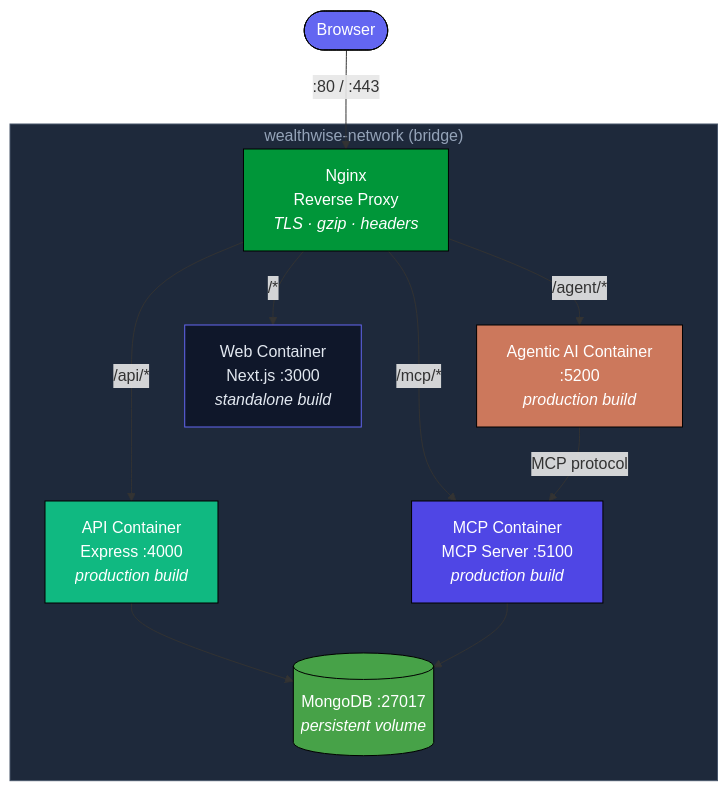
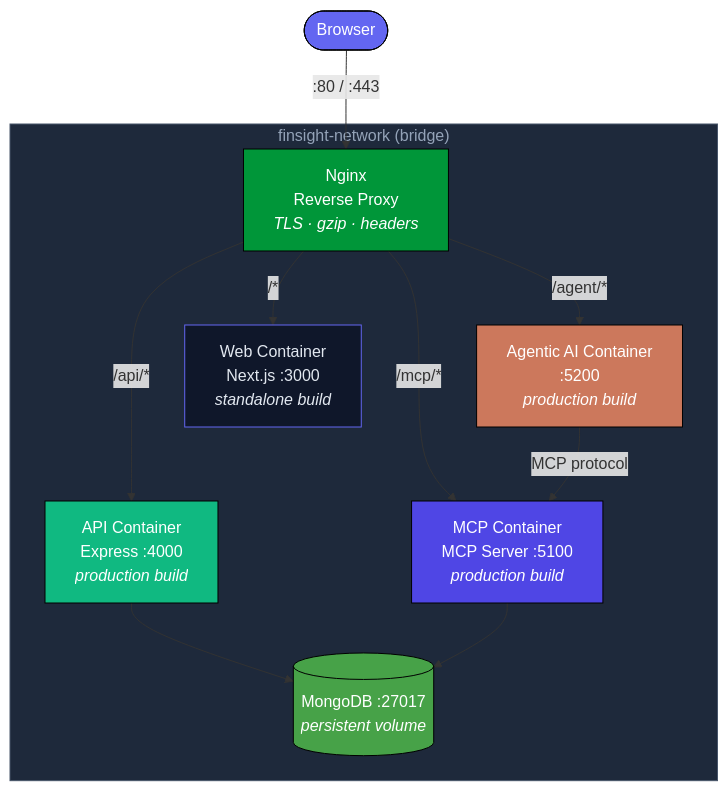
One commit to Swayam7Garg/Finsight changed diagram 21 of 26 in ARCHITECTURE.md. Above: the diagram before and after it, drawn with Mermaid. The commit also changed other lines of this file and 429 other files, not shown here.

````diff
--- a/ARCHITECTURE.md
+++ b/ARCHITECTURE.md
@@ -941,31 +941,31 @@
 ```mermaid
 graph TD
     CLIENT([Browser]) -- ":80 / :443" --> NGINX["Nginx<br/>Reverse Proxy<br/><i>TLS · gzip · headers</i>"]
 
     NGINX -- "/api/*" --> API["API Container<br/>Express :4000<br/><i>production build</i>"]
     NGINX -- "/mcp/*" --> MCP["MCP Container<br/>MCP Server :5100<br/><i>production build</i>"]
     NGINX -- "/agent/*" --> AI["Agentic AI Container<br/>:5200<br/><i>production build</i>"]
     NGINX -- "/*" --> WEB["Web Container<br/>Next.js :3000<br/><i>standalone build</i>"]
 
     API --> DB[(MongoDB :27017<br/><i>persistent volume</i>)]
     MCP --> DB
     AI -- "MCP protocol" --> MCP
 
-    subgraph NETWORK["wealthwise-network (bridge)"]
+    subgraph NETWORK["finsight-network (bridge)"]
         NGINX
         API
         WEB
         MCP
         AI
         DB
     end
 
     style CLIENT fill:#6366f1,stroke:#000,color:#fff
     style NGINX fill:#009639,stroke:#000,color:#fff
     style API fill:#10b981,stroke:#000,color:#fff
     style WEB fill:#0f172a,stroke:#6366f1,color:#e2e8f0
     style MCP fill:#4f46e5,stroke:#000,color:#fff
     style AI fill:#cc785c,stroke:#000,color:#fff
     style DB fill:#47a248,stroke:#000,color:#fff
     style NETWORK fill:#1e293b,stroke:#475569,color:#94a3b8
 ```
````
